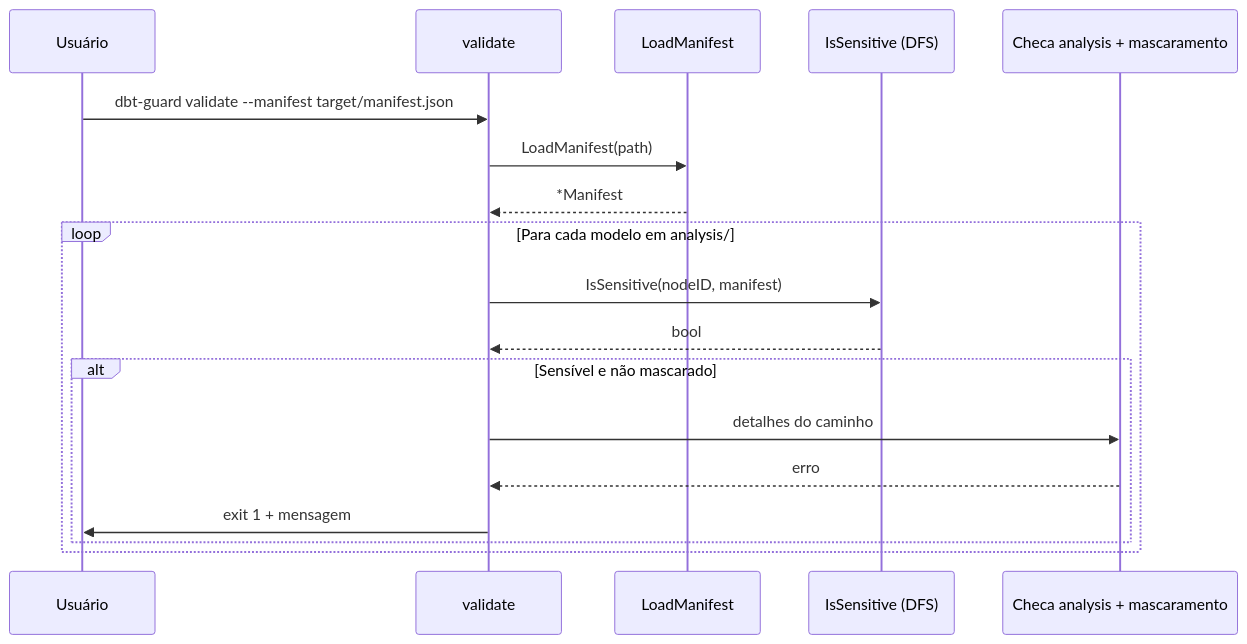
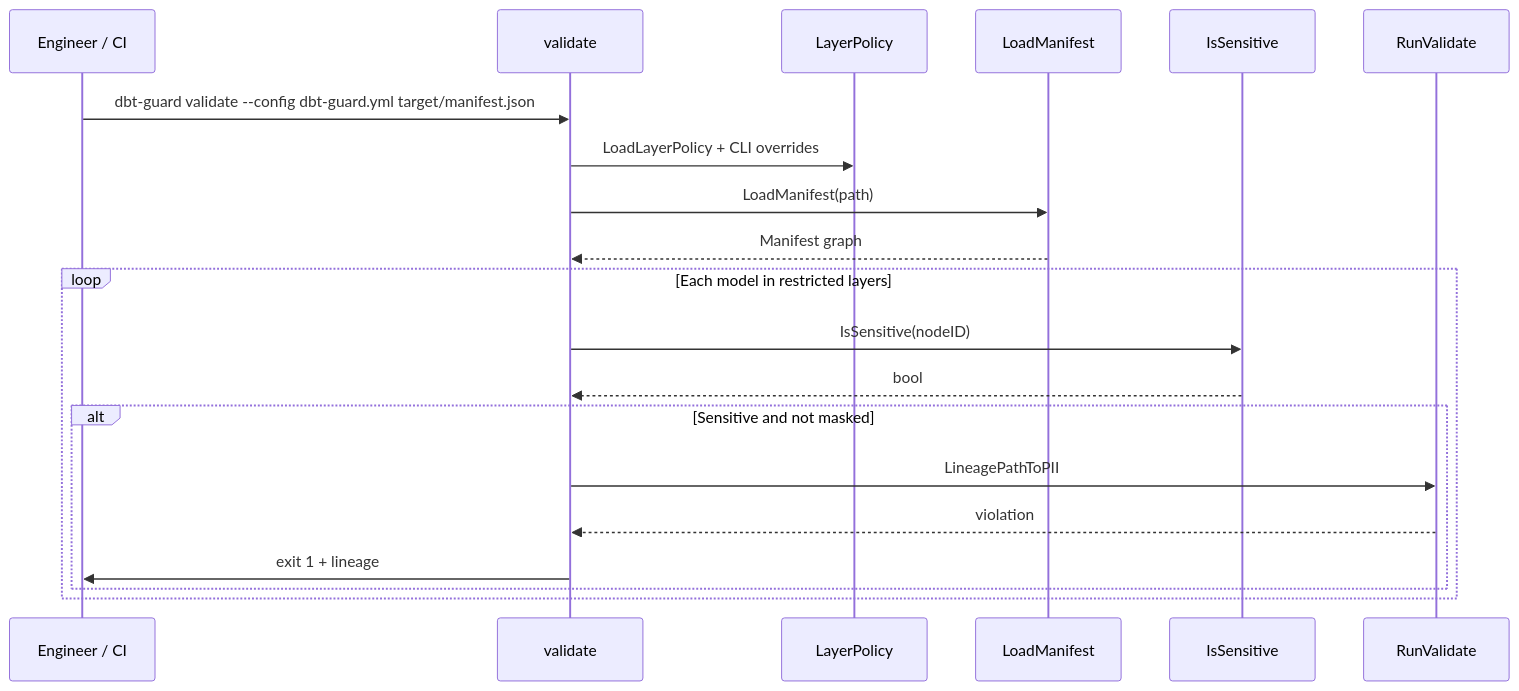
One commit to renatoprovi/dbt-guard changed the third of 5 diagrams in docs/README.md. Above: the diagram before and after it, drawn with Mermaid. The commit also changed other lines of this file and 20 other files, not shown here.

````diff
--- a/docs/README.md
+++ b/docs/README.md
@@ -157,21 +138,23 @@
 ```mermaid
 sequenceDiagram
-    participant U as Usuário
+    participant U as Engineer / CI
     participant CLI as validate
+    participant CFG as LayerPolicy
     participant Load as LoadManifest
-    participant DFS as IsSensitive (DFS)
-    participant Check as Checa analysis + mascaramento
+    participant DFS as IsSensitive
+    participant Gate as RunValidate
 
-    U->>CLI: dbt-guard validate --manifest target/manifest.json
+    U->>CLI: dbt-guard validate --config dbt-guard.yml target/manifest.json
+    CLI->>CFG: LoadLayerPolicy + CLI overrides
     CLI->>Load: LoadManifest(path)
-    Load-->>CLI: *Manifest
-    loop Para cada modelo em analysis/
-        CLI->>DFS: IsSensitive(nodeID, manifest)
+    Load-->>CLI: Manifest graph
+    loop Each model in restricted layers
+        CLI->>DFS: IsSensitive(nodeID)
         DFS-->>CLI: bool
-        alt Sensível e não mascarado
-            CLI->>Check: detalhes do caminho
-            Check-->>CLI: erro
-            CLI->>U: exit 1 + mensagem
+        alt Sensitive and not masked
+            CLI->>Gate: LineagePathToPII
+            Gate-->>CLI: violation
+            CLI->>U: exit 1 + lineage
         end
     end
 ```
````
